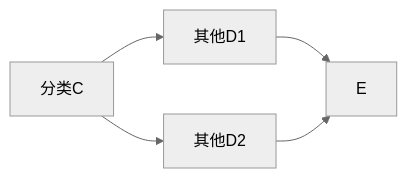
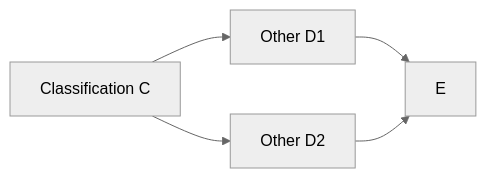
Before and after one commit to torchpipe/torchpipe.github.io: the third of 5 diagrams in docs/Inter-node/graphtraversal.mdx, drawn with Mermaid (neutral theme). The commit also changed other lines of this file and 3 other files, not shown here.

````diff
--- a/docs/Inter-node/graphtraversal.mdx
+++ b/docs/Inter-node/graphtraversal.mdx
@@ -46,7 +50,7 @@
 ```mermaid 
 flowchart LR
-    C[分类C] --> D1[其他D1]
-    C[分类C] --> D2[其他D2]
+    C[Classification C] --> D1[Other D1]
+    C[Classification C] --> D2[Other D2]
     D1 --> E
     D2 --> E
 ```
````
